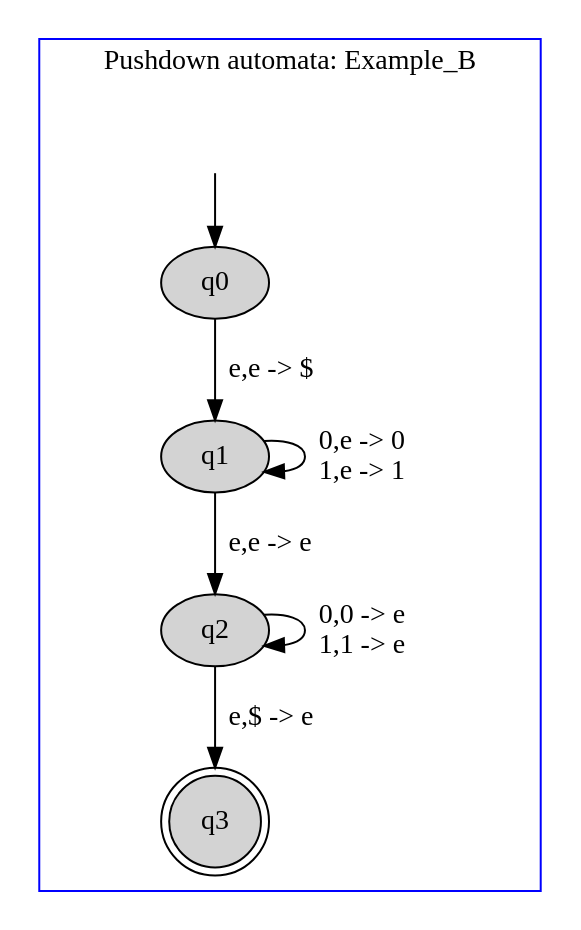
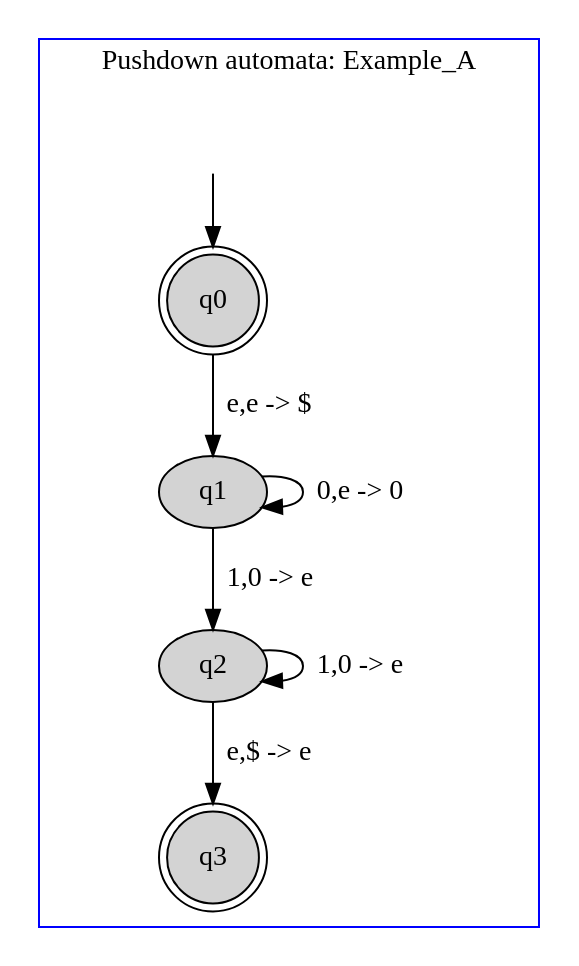
Before and after one commit to danielScLima/pushdown_automata: the diagram in PA/images/file.dot, drawn with Graphviz. The commit also changed 28 other files, not shown here.

```diff
--- a/PA/images/file.dot
+++ b/PA/images/file.dot
@@ -1,20 +1,18 @@
 digraph G {
 	subgraph cluster_1 {
 		node [style=filled];
-		label = "Pushdown automata: Example_B"
+		label = "Pushdown automata: Example_A"
 		color=blue;
 
-		q0;
+		q0 [shape="doublecircle"];
 		q1;
 		q2;
 		q3 [shape="doublecircle"];
 		q0->q1[label="e,e -> $"];
-		q1->q1[label="0,e -> 0
-1,e -> 1"];
-		q1->q2[label="e,e -> e"];
-		q2->q2[label="0,0 -> e
-1,1 -> e"];
+		q1->q1[label="0,e -> 0"];
+		q1->q2[label="1,0 -> e"];
+		q2->q2[label="1,0 -> e"];
 		q2->q3[label="e,$ -> e"];
 x [color=white, label=""];		x->q0	}
 
 }
```
